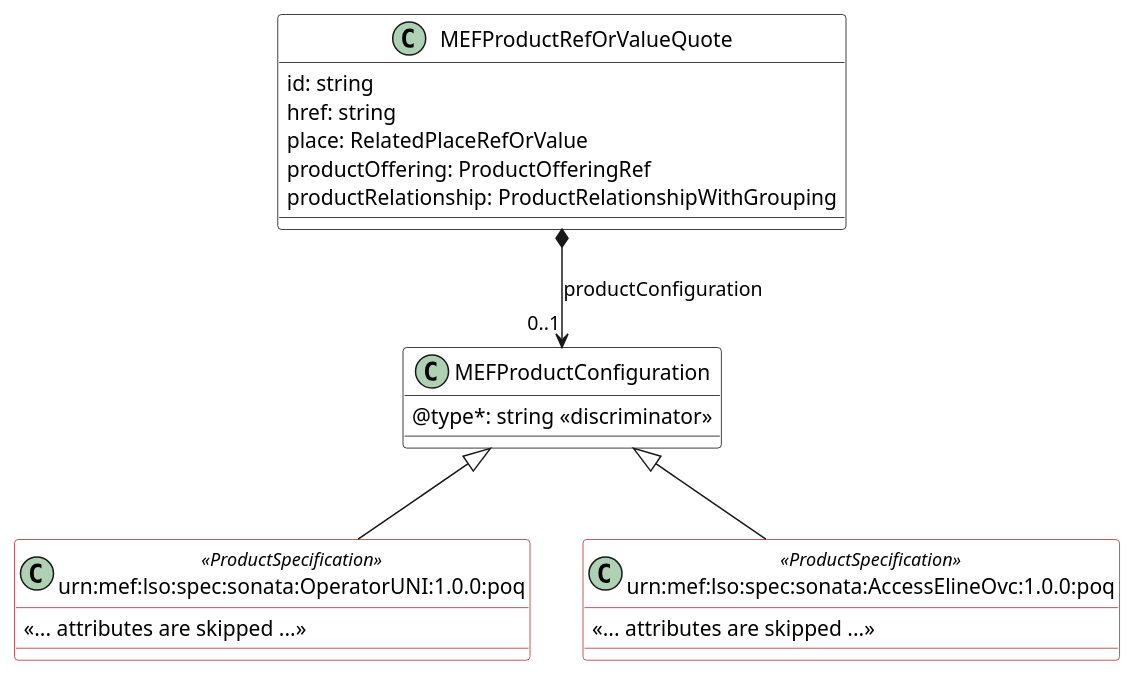
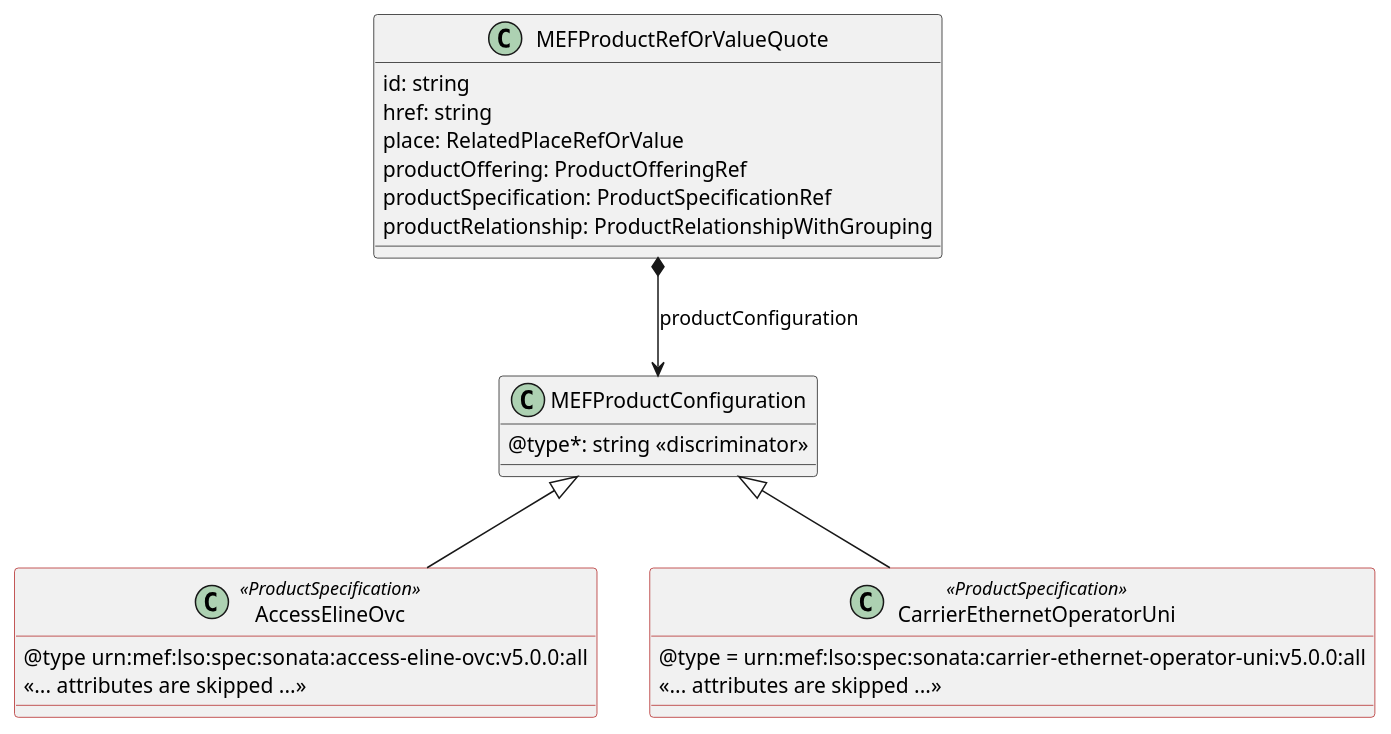
The diagram in documentation/productApi/quote/media/src/extension_pattern.puml (MEF-GIT/MEF-LSO-Sonata-SDK), drawn with PlantUML before and after one commit. The commit also changed 456 other files, not shown here.

```diff
--- a/documentation/productApi/quote/media/src/extension_pattern.puml
+++ b/documentation/productApi/quote/media/src/extension_pattern.puml
@@ -1,41 +1,44 @@
 @startuml
 skinparam {
-    ClassBackgroundColor White
-    ClassBorderColor Black
     ClassBorderColor<<ProductSpecification>> FireBrick
 }
+
 set namespaceSeparator none
-
-class MEFProductRefOrValueQuote{
-
-    id: string 
-    href: string 
-    place: RelatedPlaceRefOrValue
-    productOffering: ProductOfferingRef
-    productRelationship: ProductRelationshipWithGrouping
-   
-}
-
 
 class MEFProductConfiguration {
     @type*: string <<discriminator>>
 }
 
 
-MEFProductRefOrValueQuote *-->"0..1" MEFProductConfiguration : productConfiguration
+class MEFProductRefOrValueQuote {
 
-class urn:mef:lso:spec:sonata:OperatorUNI:1.0.0:poq <<ProductSpecification>> {
+    id: string 
+    href: string 
+    place: RelatedPlaceRefOrValue
+    productOffering: ProductOfferingRef
+    productSpecification: ProductSpecificationRef
+    productRelationship: ProductRelationshipWithGrouping
 
-    <<... attributes are skipped ...>>
+   
 }
-MEFProductConfiguration <|-- "urn:mef:lso:spec:sonata:OperatorUNI:1.0.0:poq"
+
+MEFProductRefOrValueQuote *--> MEFProductConfiguration : productConfiguration
 
 
 
-class urn:mef:lso:spec:sonata:AccessElineOvc:1.0.0:poq <<ProductSpecification>> {
-
+class AccessElineOvc <<ProductSpecification>> {
+    @type  urn:mef:lso:spec:sonata:access-eline-ovc:v5.0.0:all
     <<... attributes are skipped ...>>
 }
-MEFProductConfiguration <|-- "urn:mef:lso:spec:sonata:AccessElineOvc:1.0.0:poq"
+MEFProductConfiguration <|-- AccessElineOvc
+
+class CarrierEthernetOperatorUni <<ProductSpecification>> {
+    @type = urn:mef:lso:spec:sonata:carrier-ethernet-operator-uni:v5.0.0:all
+    <<... attributes are skipped ...>>
+}
+MEFProductConfiguration <|-- CarrierEthernetOperatorUni
+
+
+
 
 @enduml
```
